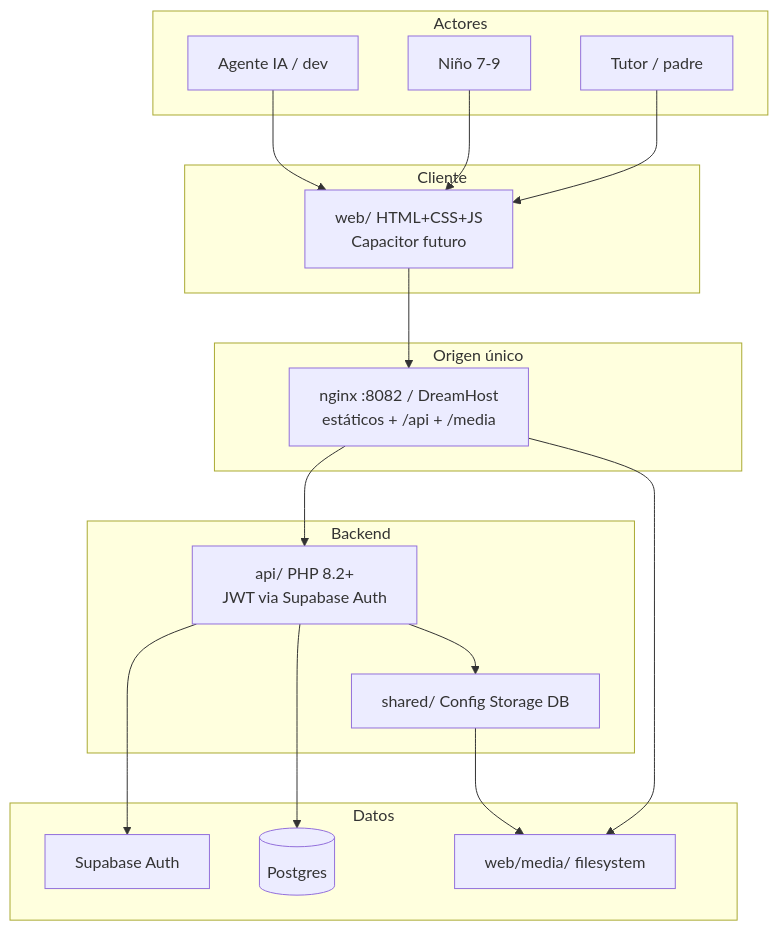
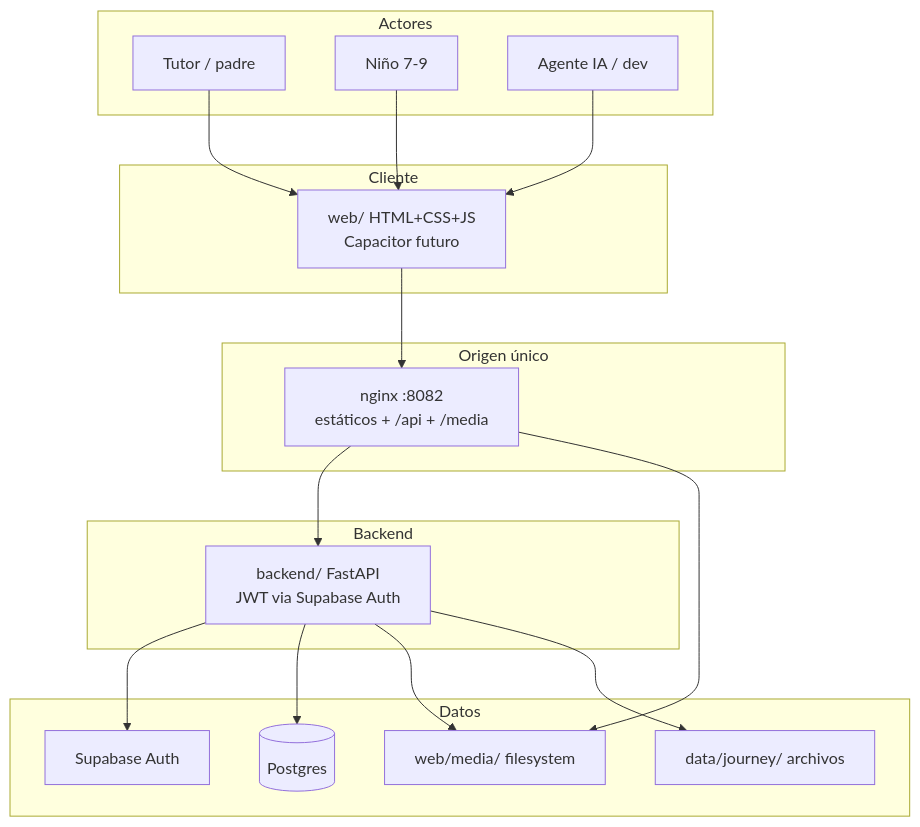
One commit to KuiperBelt-PRO/kidepik changed the diagram in .cursor/diagrams/01-system-context.md. Above: the diagram before and after it, drawn with Mermaid. The commit also changed other lines of this file and 37 other files, not shown here.

First line of the commit message:
docs: retire PHP specs and align docs with FastAPI stack

````diff
--- a/.cursor/diagrams/01-system-context.md
+++ b/.cursor/diagrams/01-system-context.md
@@ -7,38 +7,38 @@
 ```mermaid
 flowchart TB
   subgraph actors [Actores]
     Tutor[Tutor / padre]
     Nino[Niño 7-9]
     Agente[Agente IA / dev]
   end
 
   subgraph client [Cliente]
     Web["web/ HTML+CSS+JS\nCapacitor futuro"]
   end
 
   subgraph edge [Origen único]
-    Nginx["nginx :8082 / DreamHost\nestáticos + /api + /media"]
+    Nginx["nginx :8082\nestáticos + /api + /media"]
   end
 
-  subgraph php [Backend]
-    Api["api/ PHP 8.2+\nJWT via Supabase Auth"]
-    Shared["shared/ Config Storage DB"]
+  subgraph backend [Backend]
+    Api["backend/ FastAPI\nJWT via Supabase Auth"]
   end
 
   subgraph data [Datos]
     SBAuth[Supabase Auth]
     PG[(Postgres)]
     Media["web/media/ filesystem"]
+    Ledger["data/journey/ archivos"]
   end
 
   Tutor --> Web
   Nino --> Web
   Agente --> Web
   Web --> Nginx
   Nginx --> Api
   Nginx --> Media
-  Api --> Shared
   Api --> SBAuth
   Api --> PG
-  Shared --> Media
+  Api --> Media
+  Api --> Ledger
 ```
````
